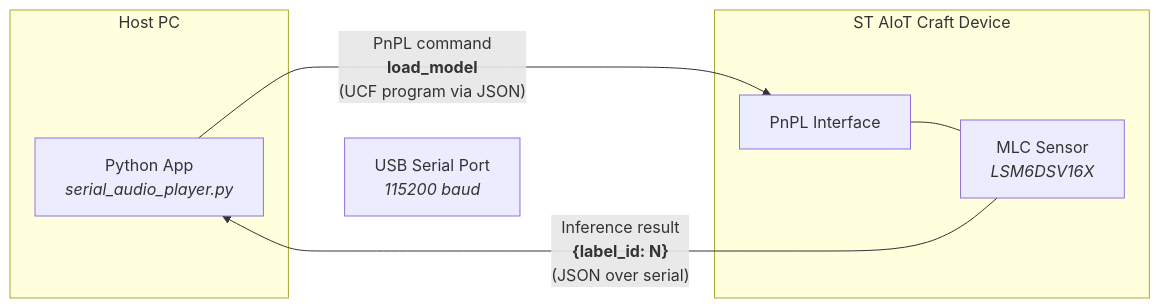
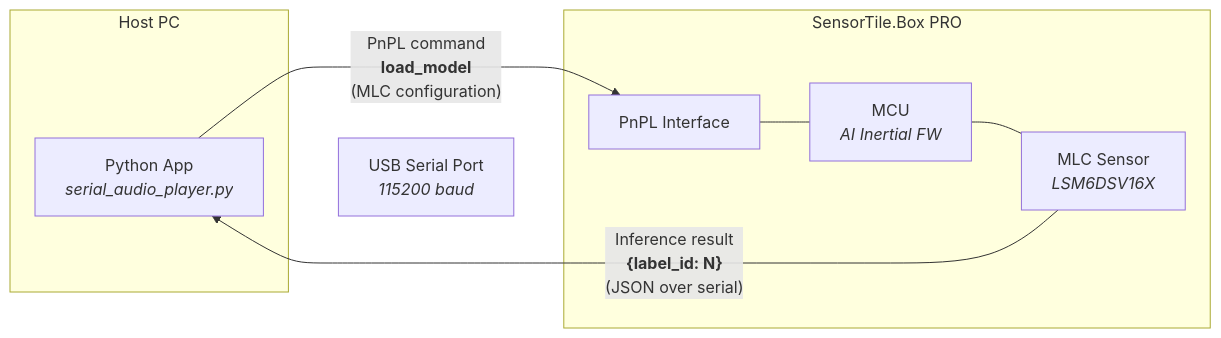
Before and after one commit to davide-sergi/mlc-audio-player: the diagram in README.md, drawn with Mermaid.

````diff
--- a/README.md
+++ b/README.md
@@ -97,18 +97,20 @@
 ```mermaid
 graph LR
     subgraph "Host PC"
         APP["Python App<br/><i>serial_audio_player.py</i>"]
     end
 
-    subgraph "ST AIoT Craft Device"
+    subgraph "SensorTile.Box PRO"
         PnPL["PnPL Interface"]
+        MCU["MCU<br/><i>AI Inertial FW</i>"]
         MLC["MLC Sensor<br/><i>LSM6DSV16X</i>"]
-        PnPL --- MLC
+        PnPL --- MCU
+        MCU --- MLC
     end
 
-    APP -- "PnPL command<br/><b>load_model</b><br/>(UCF program via JSON)" --> PnPL
+    APP -- "PnPL command<br/><b>load_model</b><br/>(MLC configuration)" --> PnPL
     MLC -- "Inference result<br/><b>{label_id: N}</b><br/>(JSON over serial)" --> APP
 
     APP ~~~ SERIAL["USB Serial Port<br/><i>115200 baud</i>"]
     SERIAL ~~~ PnPL
 ```
````
